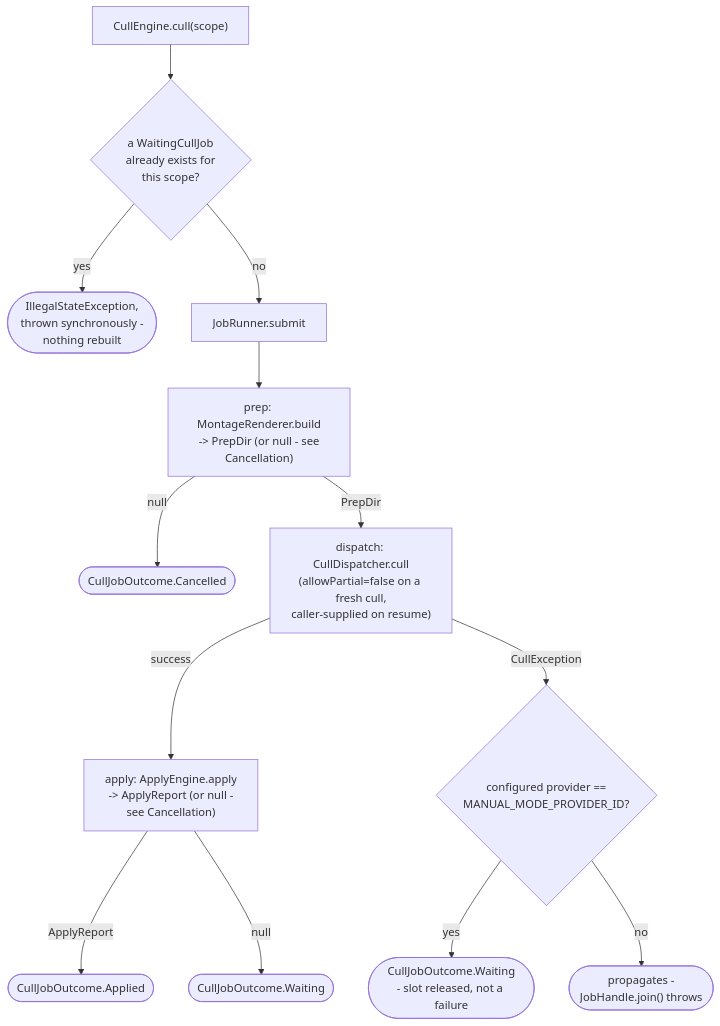
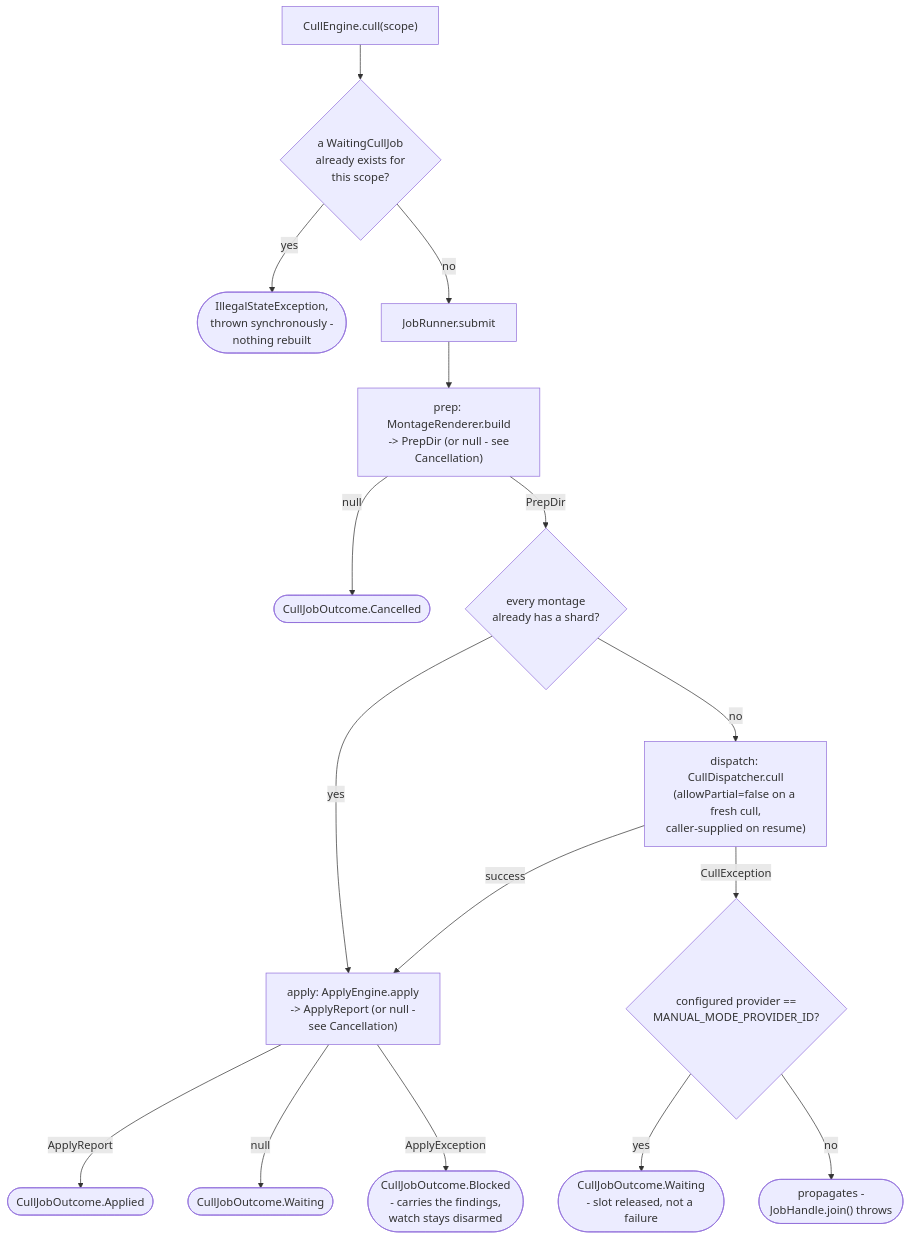
The first of 3 diagrams in app/docs/design/application/service/cull-engine.md (AdrianNachev91/sluice), drawn with Mermaid before and after one commit. The commit also changed other lines of this file and 18 other files, not shown here.

````diff
--- a/app/docs/design/application/service/cull-engine.md
+++ b/app/docs/design/application/service/cull-engine.md
@@ -19,15 +21,18 @@
 ```mermaid
 flowchart TD
     A["CullEngine.cull(scope)"] --> W{"a WaitingCullJob<br/>already exists for<br/>this scope?"}
     W -- "yes" --> WZ(["IllegalStateException,<br/>thrown synchronously -<br/>nothing rebuilt"])
     W -- "no" --> B["JobRunner.submit"]
     B --> P["prep: MontageRenderer.build<br/>-> PrepDir (or null - see<br/>Cancellation)"]
     P -- "null" --> PZ(["CullJobOutcome.Cancelled"])
-    P -- "PrepDir" --> D["dispatch: CullDispatcher.cull<br/>(allowPartial=false on a fresh cull,<br/>caller-supplied on resume)"]
-    D -- "success" --> AP["apply: ApplyEngine.apply<br/>-> ApplyReport (or null -<br/>see Cancellation)"]
+    P -- "PrepDir" --> S{"every montage<br/>already has a shard?"}
+    S -- "yes" --> AP["apply: ApplyEngine.apply<br/>-> ApplyReport (or null -<br/>see Cancellation)"]
+    S -- "no" --> D["dispatch: CullDispatcher.cull<br/>(allowPartial=false on a fresh cull,<br/>caller-supplied on resume)"]
+    D -- "success" --> AP
     AP -- "ApplyReport" --> APP(["CullJobOutcome.Applied"])
     AP -- "null" --> APZ(["CullJobOutcome.Waiting"])
+    AP -- "ApplyException" --> APB(["CullJobOutcome.Blocked<br/>- carries the findings,<br/>watch stays disarmed"])
     D -- "CullException" --> M{"configured provider ==<br/>MANUAL_MODE_PROVIDER_ID?"}
     M -- "yes" --> WT(["CullJobOutcome.Waiting<br/>- slot released, not a failure"])
     M -- "no" --> RT(["propagates -<br/>JobHandle.join() throws"])
 ```
````
